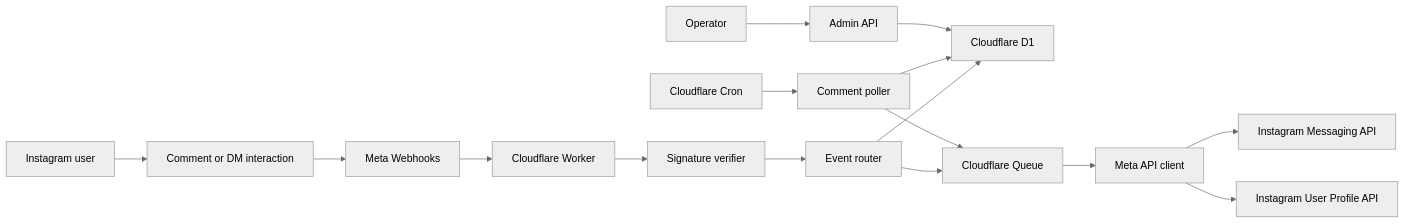
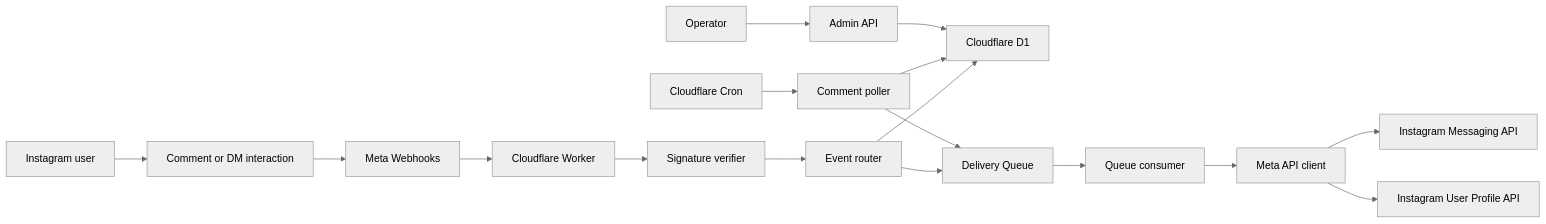
One commit to aldoprianandi/ig-autodm-worker changed the first of 4 diagrams in docs/03-architecture.md. Above: the diagram before and after it, drawn with Mermaid (neutral theme). The commit also changed other lines of this file and 30 other files, not shown here.

````diff
--- a/docs/03-architecture.md
+++ b/docs/03-architecture.md
@@ -5,18 +5,19 @@
 ```mermaid
 flowchart LR
   U["Instagram user"] --> C["Comment or DM interaction"]
   C --> M["Meta Webhooks"]
   M --> W["Cloudflare Worker"]
   W --> S["Signature verifier"]
   S --> R["Event router"]
   R --> D1["Cloudflare D1"]
-  R --> Q["Cloudflare Queue"]
+  R --> Q["Delivery Queue"]
+  Q --> Consumer["Queue consumer"]
   Cron["Cloudflare Cron"] --> Poll["Comment poller"]
   Poll --> D1
   Poll --> Q
-  Q --> A["Meta API client"]
+  Consumer --> A["Meta API client"]
   A --> IG["Instagram Messaging API"]
   A --> P["Instagram User Profile API"]
   O["Operator"] --> Admin["Admin API"]
   Admin --> D1
 ```
````
